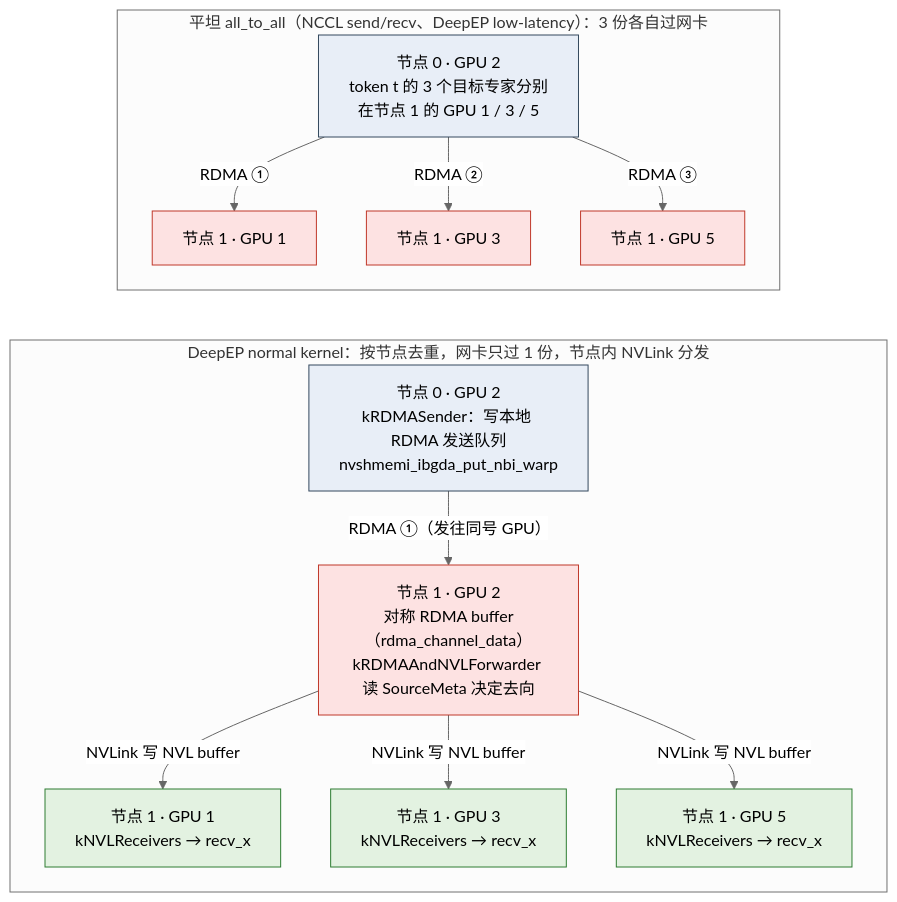
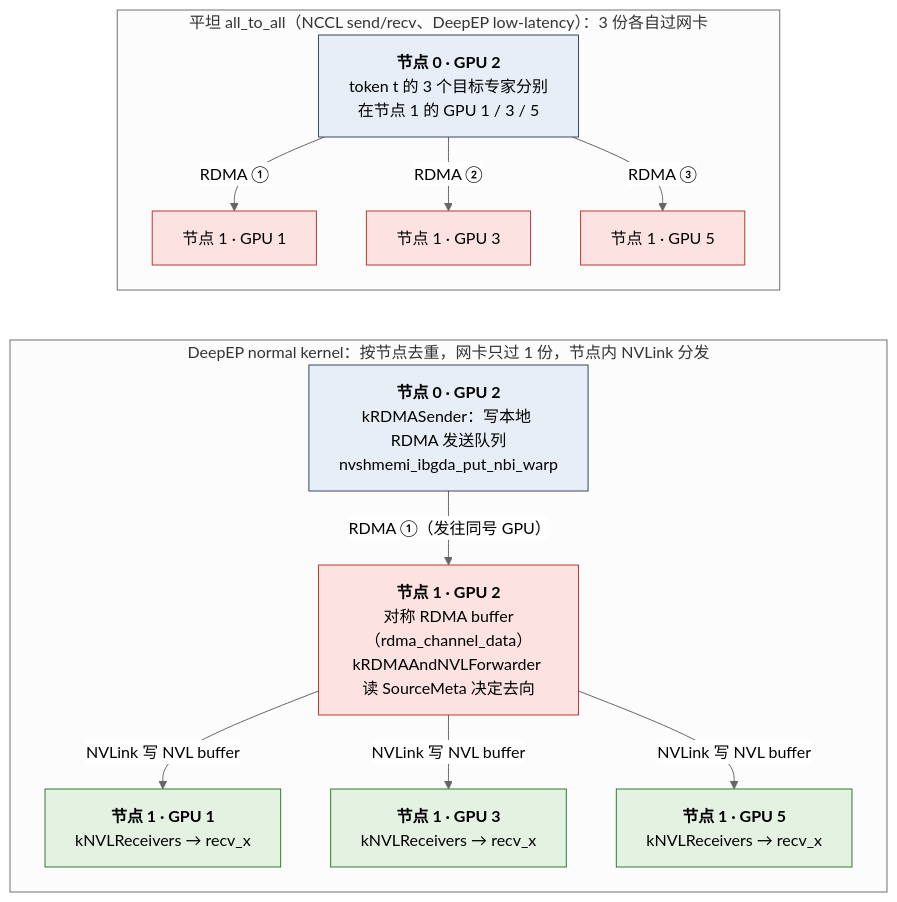
Before and after one commit to arganzheng/arganzheng.github.com: the third of 5 diagrams in _posts/2026-06-27-moe-communication-all-to-all-deepep-and-gpu-initiated.md, drawn with Mermaid (neutral theme). The commit also changed other lines of this file and 6 other files, not shown here.

First line of the commit message:
通信与互联：从 NCCL 到 RDMA：Mermaid 多行方框的首行标为标题（7 篇）

````diff
--- a/_posts/2026-06-27-moe-communication-all-to-all-deepep-and-gpu-initiated.md
+++ b/_posts/2026-06-27-moe-communication-all-to-all-deepep-and-gpu-initiated.md
@@ -400,24 +400,24 @@
 ```mermaid
 %% 图：平坦 all_to_all 与 DeepEP normal kernel：前者三份各自过网卡，后者按节点去重网卡只过一份、节点内 NVLink 分发
 flowchart TB
     subgraph flat["平坦 all_to_all（NCCL send/recv、DeepEP low-latency）：3 份各自过网卡"]
-        S1["节点 0 · GPU 2<br/>token t 的 3 个目标专家分别在节点 1 的 GPU 1 / 3 / 5"]
+        S1["<b>节点 0 · GPU 2</b><br/>token t 的 3 个目标专家分别在节点 1 的 GPU 1 / 3 / 5"]
         S1 -- "RDMA ①" --> F1["节点 1 · GPU 1"]
         S1 -- "RDMA ②" --> F3["节点 1 · GPU 3"]
         S1 -- "RDMA ③" --> F5["节点 1 · GPU 5"]
     end
     subgraph dedup["DeepEP normal kernel：按节点去重，网卡只过 1 份，节点内 NVLink 分发"]
-        S2["节点 0 · GPU 2<br/>kRDMASender：写本地 RDMA 发送队列<br/>nvshmemi_ibgda_put_nbi_warp"]
-        S2 -- "RDMA ①（发往同号 GPU）" --> R2["节点 1 · GPU 2<br/>对称 RDMA buffer（rdma_channel_data）<br/>kRDMAAndNVLForwarder 读 SourceMeta 决定去向"]
-        R2 -- "NVLink 写 NVL buffer" --> D1["节点 1 · GPU 1<br/>kNVLReceivers → recv_x"]
-        R2 -- "NVLink 写 NVL buffer" --> D3["节点 1 · GPU 3<br/>kNVLReceivers → recv_x"]
-        R2 -- "NVLink 写 NVL buffer" --> D5["节点 1 · GPU 5<br/>kNVLReceivers → recv_x"]
+        S2["<b>节点 0 · GPU 2</b><br/>kRDMASender：写本地 RDMA 发送队列<br/>nvshmemi_ibgda_put_nbi_warp"]
+        S2 -- "RDMA ①（发往同号 GPU）" --> R2["<b>节点 1 · GPU 2</b><br/>对称 RDMA buffer（rdma_channel_data）<br/>kRDMAAndNVLForwarder 读 SourceMeta 决定去向"]
+        R2 -- "NVLink 写 NVL buffer" --> D1["<b>节点 1 · GPU 1</b><br/>kNVLReceivers → recv_x"]
+        R2 -- "NVLink 写 NVL buffer" --> D3["<b>节点 1 · GPU 3</b><br/>kNVLReceivers → recv_x"]
+        R2 -- "NVLink 写 NVL buffer" --> D5["<b>节点 1 · GPU 5</b><br/>kNVLReceivers → recv_x"]
     end
     F3 ~~~ S2
     classDef nic fill:#fde2e2,stroke:#c0392b;
     classDef nvl fill:#e3f2e1,stroke:#2e7d32;
     classDef src fill:#e8eef7,stroke:#34495e;
     class S1,S2 src;
     class F1,F3,F5,R2 nic;
     class D1,D3,D5 nvl;
 ```
````
